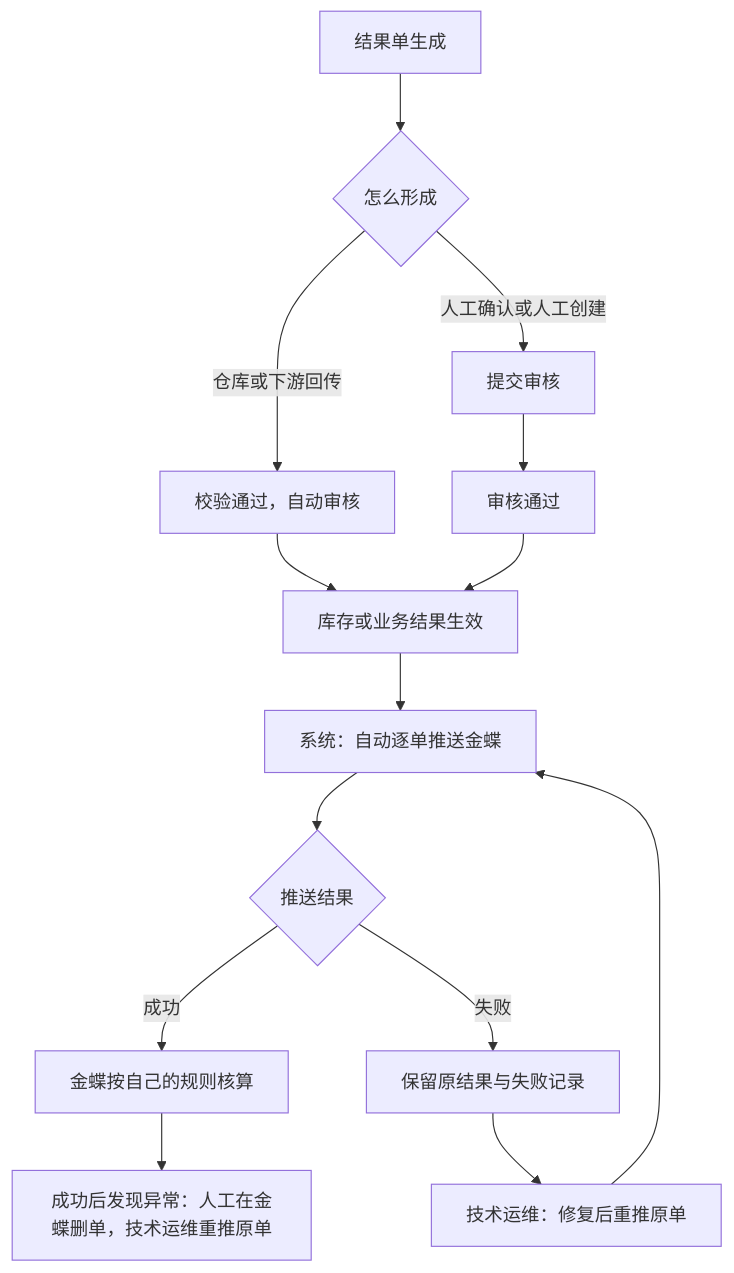
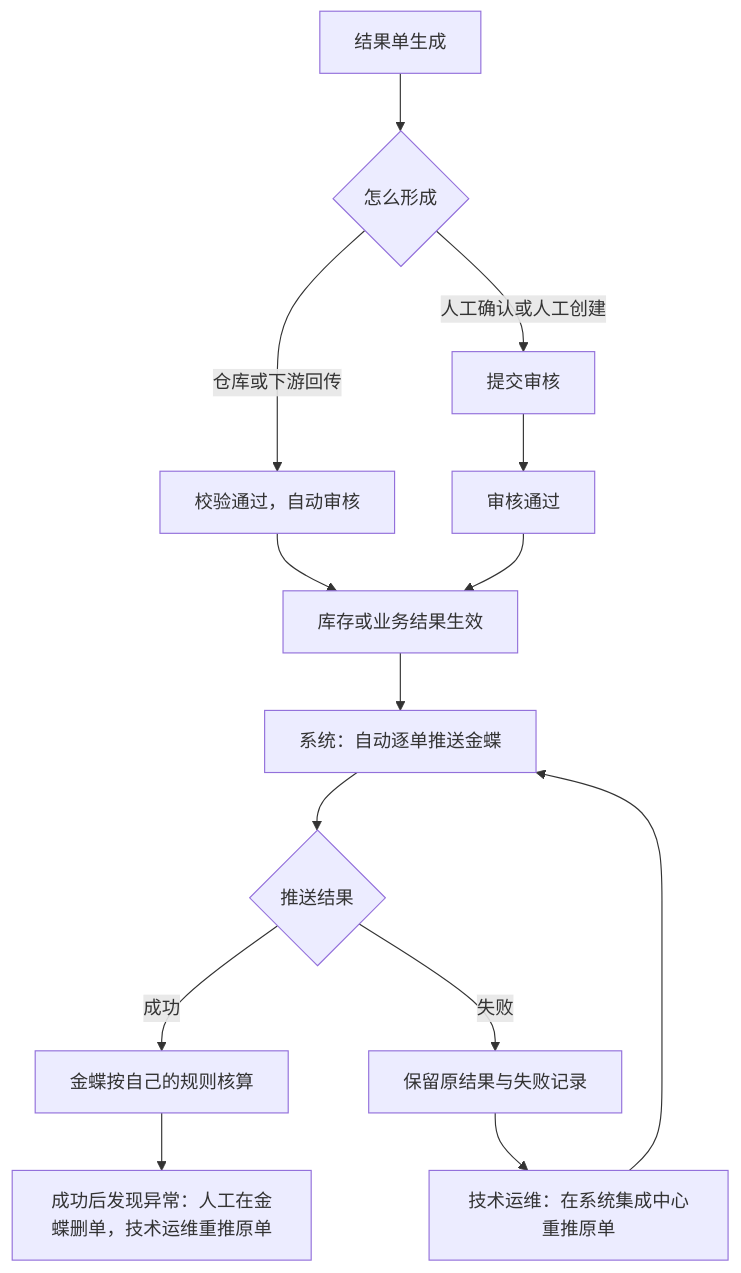
The ninth of 11 diagrams in 04-产品设计方案/20260812-ERP项目第一版框架搭建/系统架构和流程/01-系统流程与单据交互.md (TopVitamin/QS-ERP-Project), drawn with Mermaid before and after one commit. The commit also changed other lines of this file and 101 other files, not shown here.

````diff
--- a/04-产品设计方案/20260812-ERP项目第一版框架搭建/系统架构和流程/01-系统流程与单据交互.md
+++ b/04-产品设计方案/20260812-ERP项目第一版框架搭建/系统架构和流程/01-系统流程与单据交互.md
@@ -295,16 +300,16 @@
 ```mermaid
 flowchart TB
     A[结果单生成] --> B{怎么形成}
     B -->|仓库或下游回传| C[校验通过，自动审核]
     B -->|人工确认或人工创建| D[提交审核]
     C --> E[库存或业务结果生效]
     D --> D1[审核通过]
     D1 --> E
     E --> F[系统：自动逐单推送金蝶]
     F --> G{推送结果}
     G -->|成功| H[金蝶按自己的规则核算]
     G -->|失败| I[保留原结果与失败记录]
-    I --> J[技术运维：修复后重推原单]
+    I --> J[技术运维：在系统集成中心重推原单]
     J --> F
     H --> K[成功后发现异常：人工在金蝶删单，技术运维重推原单]
 ```
````
